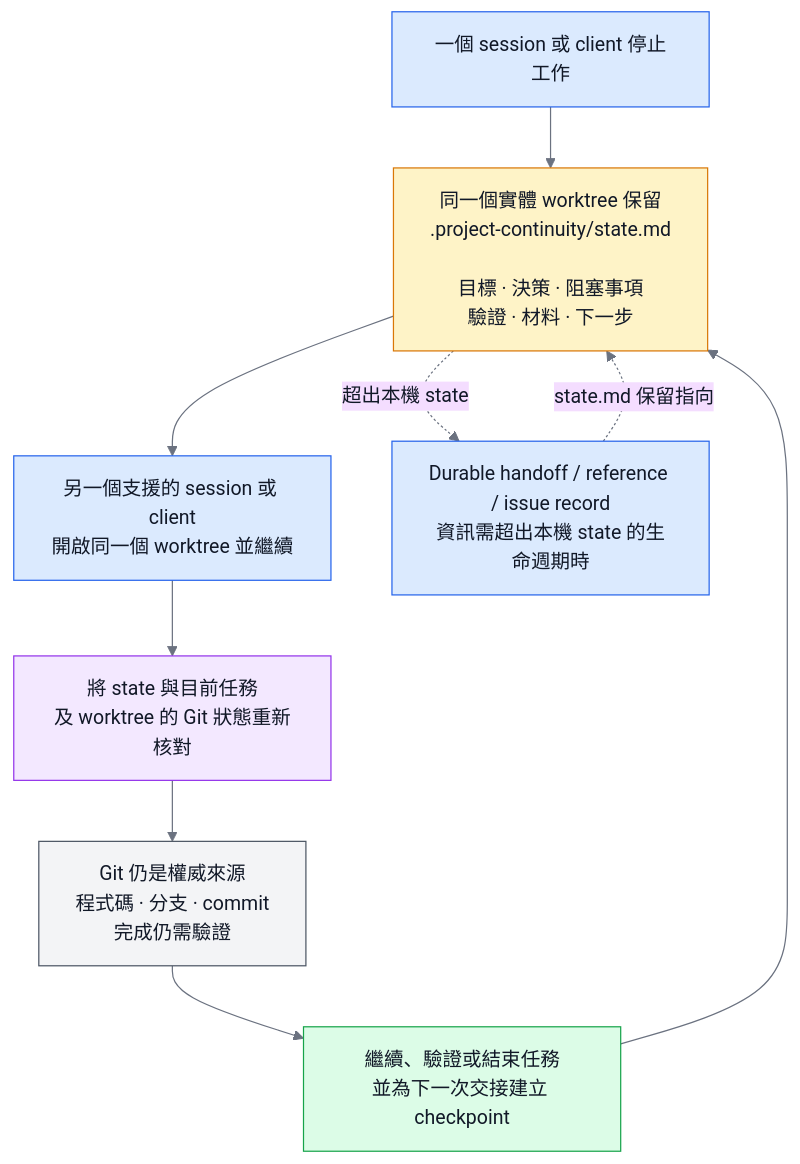
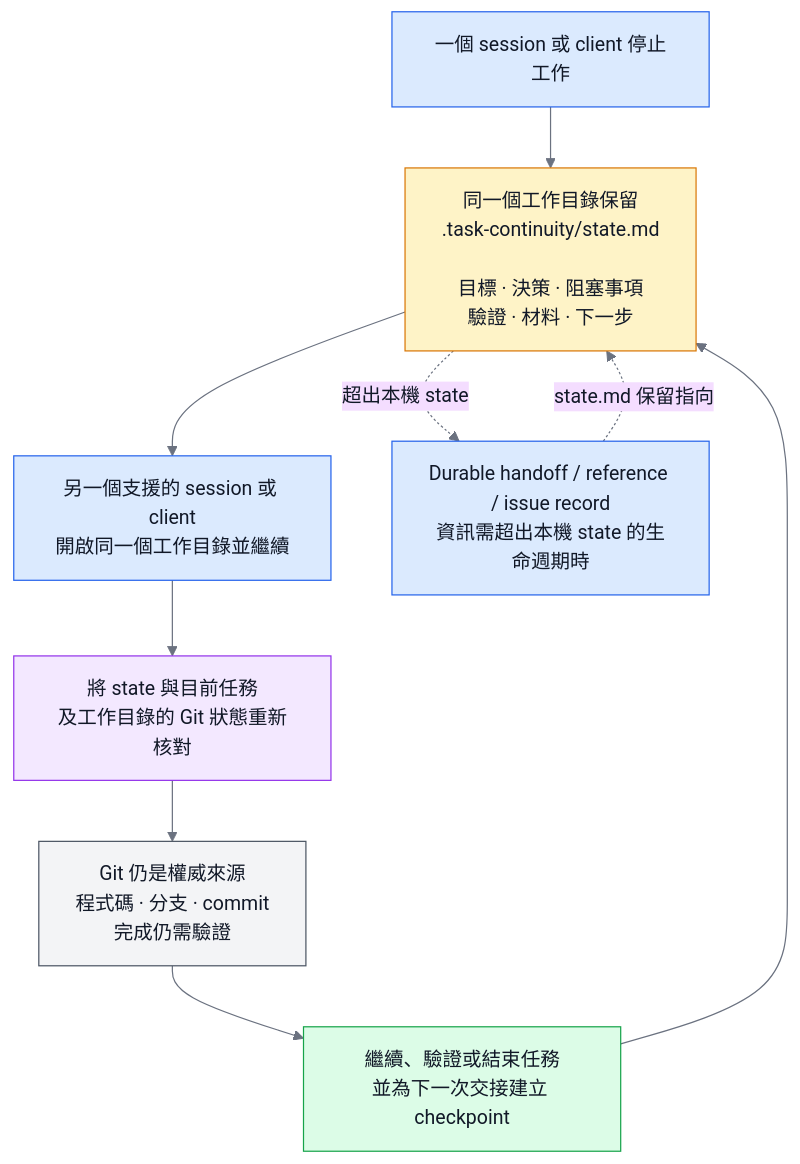
One commit to sherrilla71940/dotfiles changed the third of 4 diagrams in README.zh-TW.md. Above: the diagram before and after it, drawn with Mermaid. The commit also changed other lines of this file and 153 other files, not shown here.

````diff
--- a/README.zh-TW.md
+++ b/README.zh-TW.md
@@ -183,28 +257,28 @@
 ```mermaid
 %%{init: {"theme": "base", "themeVariables": {"primaryTextColor": "#111827", "nodeTextColor": "#111827", "textColor": "#111827", "lineColor": "#6b7280"}, "flowchart": {"useMaxWidth": true}}}%%
 flowchart TD
     stop["一個 session 或 client 停止工作"]:::handoff
-    persist["同一個實體 worktree 保留<br/>.project-continuity/state.md<br/><br/>目標 · 決策 · 阻塞事項<br/>驗證 · 材料 · 下一步"]:::state
-    resume["另一個支援的 session 或 client<br/>開啟同一個 worktree 並繼續"]:::handoff
-    reconcile["將 state 與目前任務<br/>及 worktree 的 Git 狀態重新核對"]:::check
+    persist["同一個工作目錄保留<br/>.task-continuity/state.md<br/><br/>目標 · 決策 · 阻塞事項<br/>驗證 · 材料 · 下一步"]:::state
+    resume["另一個支援的 session 或 client<br/>開啟同一個工作目錄並繼續"]:::handoff
+    reconcile["將 state 與目前任務<br/>及工作目錄的 Git 狀態重新核對"]:::check
     git["Git 仍是權威來源<br/>程式碼 · 分支 · commit<br/>完成仍需驗證"]:::authority
     continue["繼續、驗證或結束任務<br/>並為下一次交接建立 checkpoint"]:::work
     durable["Durable handoff / reference / issue record<br/>資訊需超出本機 state 的生命週期時"]:::handoff
 
     stop --> persist --> resume --> reconcile --> git --> continue --> persist
     persist -. "超出本機 state" .-> durable
     durable -. "state.md 保留指向" .-> persist
 
     classDef handoff fill:#dbeafe,stroke:#2563eb,color:#111827
     classDef state fill:#fef3c7,stroke:#d97706,color:#111827
     classDef check fill:#f3e8ff,stroke:#9333ea,color:#111827
     classDef authority fill:#f3f4f6,stroke:#4b5563,color:#111827
     classDef work fill:#dcfce7,stroke:#16a34a,color:#111827
     style stop color:#111827
     style persist color:#111827
     style resume color:#111827
     style reconcile color:#111827
     style git color:#111827
     style continue color:#111827
     style durable color:#111827
 ```
````
